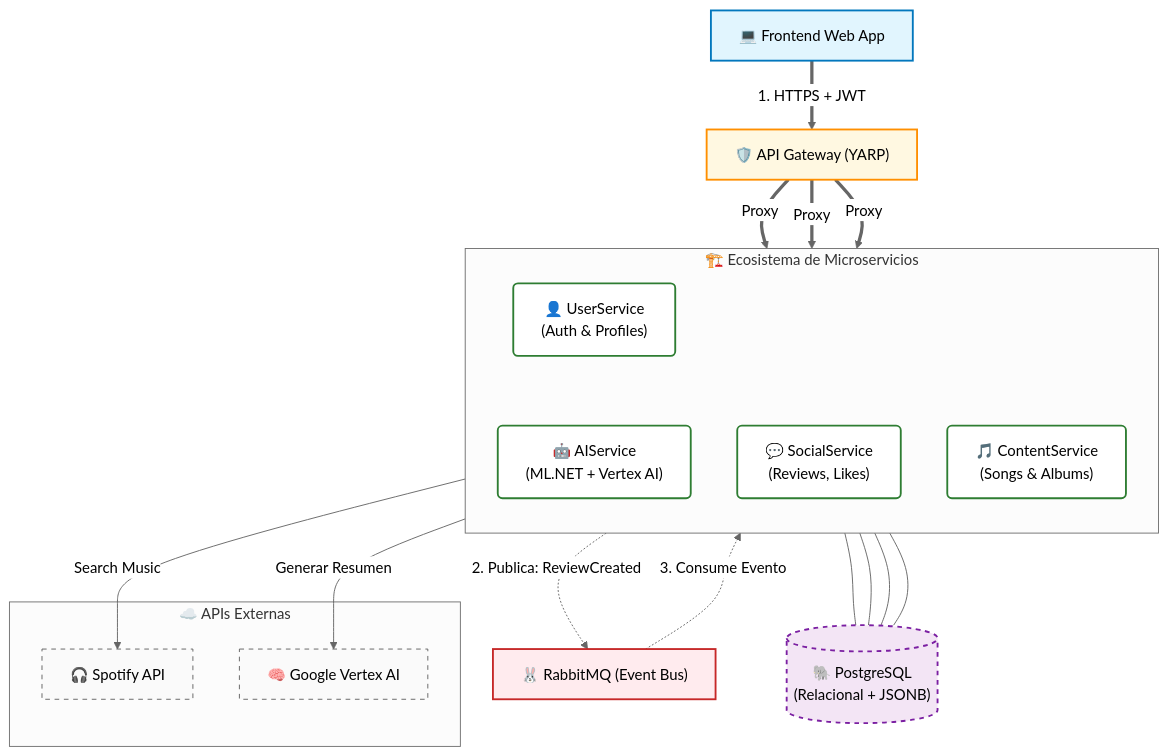
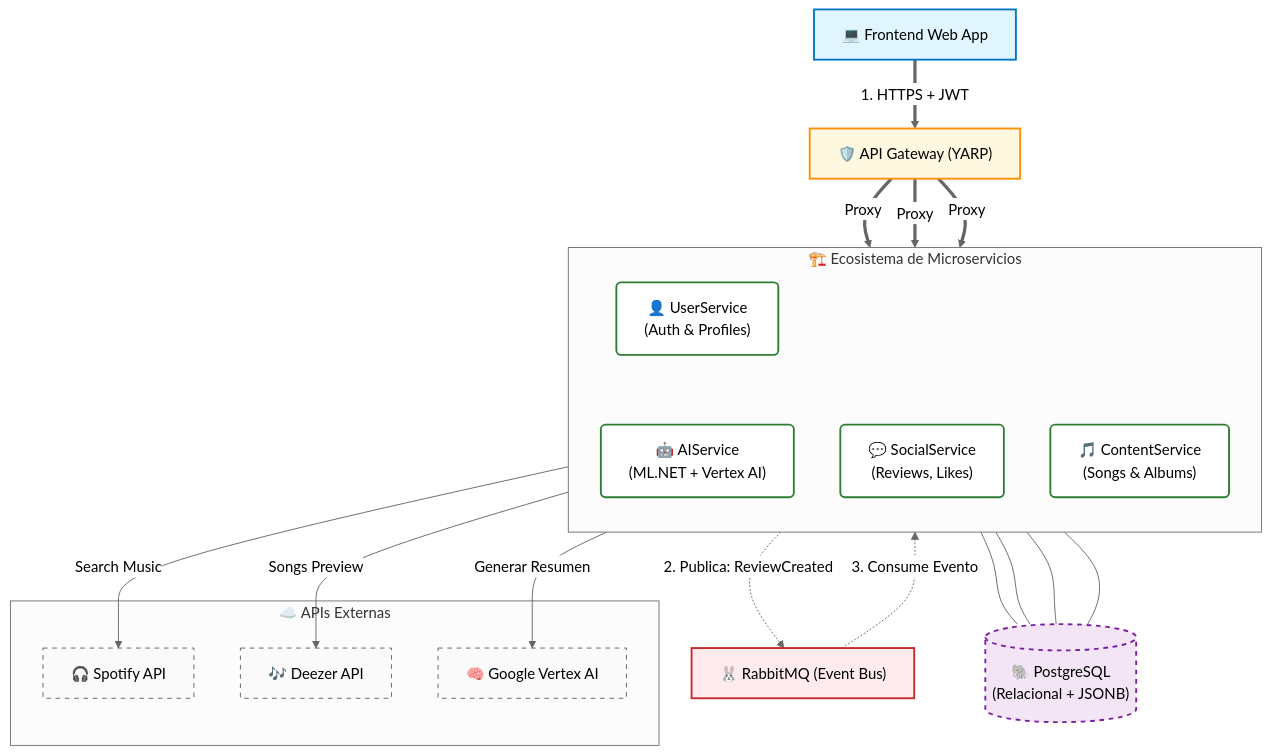
One commit to SoundList/.github changed the diagram in profile/README.md. Above: the diagram before and after it, drawn with Mermaid (neutral theme).

Commit message:
Add Deezer API to the cloud context diagram

````diff
--- a/profile/README.md
+++ b/profile/README.md
@@ -5,58 +5,60 @@
 ```mermaid
 graph TD
     %% --- ESTILOS DE ALTO CONTRASTE ---
     %% Usamos fondos claros con bordes fuertes y TEXTO NEGRO para máxima legibilidad
     classDef frontend fill:#E1F5FE,stroke:#0277BD,stroke-width:2px,color:#000000;
     classDef gateway fill:#FFF8E1,stroke:#FF8F00,stroke-width:2px,color:#000000;
     classDef service fill:#FFFFFF,stroke:#2E7D32,stroke-width:2px,color:#000000,rx:5,ry:5;
     classDef db fill:#F3E5F5,stroke:#7B1FA2,stroke-width:2px,stroke-dasharray: 5 5,color:#000000;
     classDef queue fill:#FFEBEE,stroke:#C62828,stroke-width:2px,color:#000000;
     classDef external fill:#FAFAFA,stroke:#616161,stroke-width:1px,stroke-dasharray: 5 5,color:#000000;
 
     %% --- NODOS PRINCIPALES ---
     Client["💻 Frontend Web App"]:::frontend
     YARP["🛡️ API Gateway (YARP)"]:::gateway
     Rabbit["🐰 RabbitMQ (Event Bus)"]:::queue
     DB[("🐘 PostgreSQL\n(Relacional + JSONB)")]:::db
 
     %% --- CONTEXTO DE MICROSERVICIOS ---
     subgraph Services ["🏗️ Ecosistema de Microservicios"]
         direction TB
         %% Definimos los nodos con texto negro explícito
         UserS["👤 UserService\n(Auth & Profiles)"]:::service
         SocialS["💬 SocialService\n(Reviews, Likes)"]:::service
         ContentS["🎵 ContentService\n(Songs & Albums)"]:::service
         AIS["🤖 AIService\n(ML.NET + Vertex AI)"]:::service
     end
 
     %% --- CONTEXTO DE NUBE ---
     subgraph Cloud ["☁️ APIs Externas"]
         Spotify["🎧 Spotify API"]:::external
+        Deezer["🎶 Deezer API"]:::external
         Vertex["🧠 Google Vertex AI"]:::external
     end
 
     %% --- CONEXIONES (FLUJO) ---
     
     %% 1. Entrada
     Client ==>|"1. HTTPS + JWT"| YARP
     YARP ==>|"Proxy"| UserS
     YARP ==>|"Proxy"| SocialS
     YARP ==>|"Proxy"| ContentS
 
     %% 2. Dependencias Externas
     ContentS -->|"Search Music"| Spotify
+    ContentS -->|"Songs Preview"| Deezer
     AIS -->|"Generar Resumen"| Vertex
 
     %% 3. Comunicación Asíncrona (RabbitMQ)
     SocialS -.->|"2. Publica: ReviewCreated"| Rabbit
     Rabbit -.->|"3. Consume Evento"| AIS
 
     %% 4. Base de Datos (Conexiones más finas para no ensuciar)
     UserS --- DB
     SocialS --- DB
     ContentS --- DB
     AIS --- DB
 
     %% Truco visual para alinear (Links invisibles)
     UserS ~~~ AIS
 ```
````
